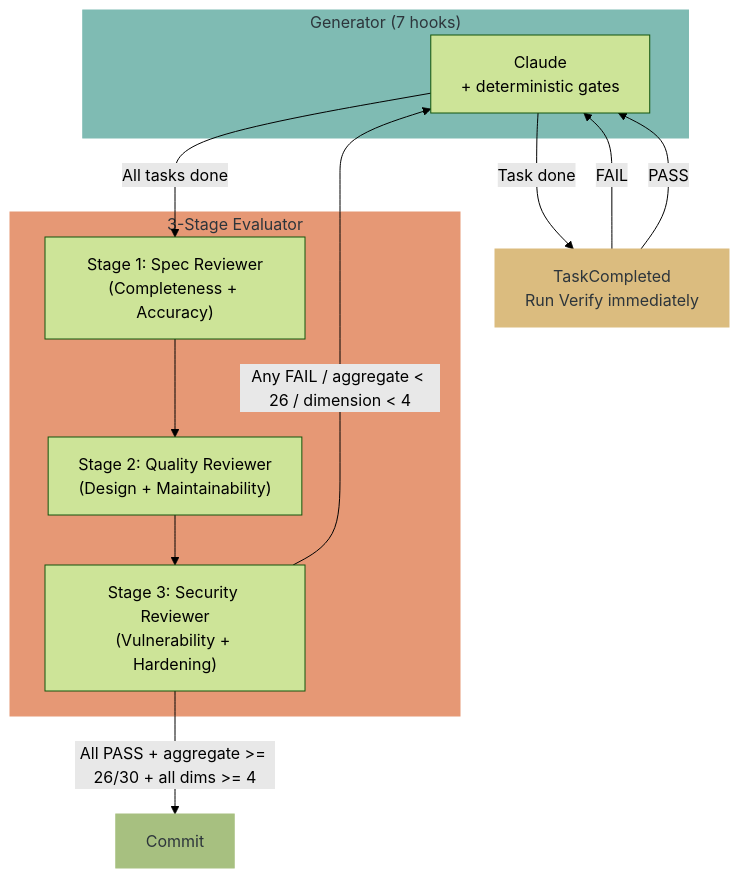
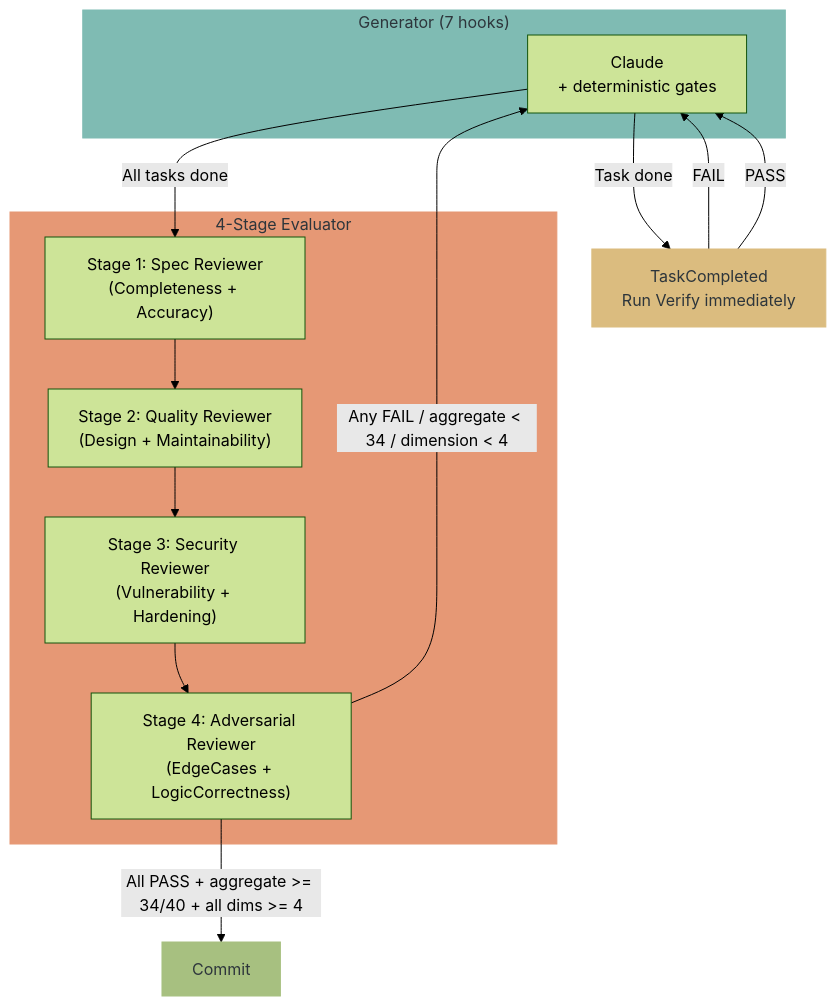
The second of 2 diagrams in README.md (hir4ta/qult), drawn with Mermaid (forest theme) before and after one commit. The commit also changed other lines of this file and 4 other files, not shown here.

````diff
--- a/README.md
+++ b/README.md
@@ -96,25 +96,27 @@
 ```mermaid
 flowchart TB
     subgraph Generator["Generator (7 hooks)"]
         Claude["Claude\n+ deterministic gates"]
     end
-    subgraph Evaluator["3-Stage Evaluator"]
+    subgraph Evaluator["4-Stage Evaluator"]
         Spec["Stage 1: Spec Reviewer\n(Completeness + Accuracy)"]
         Quality["Stage 2: Quality Reviewer\n(Design + Maintainability)"]
         Security["Stage 3: Security Reviewer\n(Vulnerability + Hardening)"]
+        Adversarial["Stage 4: Adversarial Reviewer\n(EdgeCases + LogicCorrectness)"]
     end
 
     Claude -- "Task done" --> TV["TaskCompleted\nRun Verify immediately"]
     TV -- "FAIL" --> Claude
     TV -- "PASS" --> Claude
     Claude -- "All tasks done" --> Spec
     Spec --> Quality
     Quality --> Security
-    Security -- "Any FAIL / aggregate < 26 / dimension < 4" --> Claude
-    Security -- "All PASS + aggregate >= 26/30 + all dims >= 4" --> Done["Commit"]
+    Security --> Adversarial
+    Adversarial -- "Any FAIL / aggregate < 34 / dimension < 4" --> Claude
+    Adversarial -- "All PASS + aggregate >= 34/40 + all dims >= 4" --> Done["Commit"]
 
     style Generator fill:#7fbbb3,color:#2d353b,stroke:#7fbbb3
     style Evaluator fill:#e69875,color:#2d353b,stroke:#e69875
     style Done fill:#a7c080,color:#2d353b,stroke:#a7c080
     style TV fill:#dbbc7f,color:#2d353b,stroke:#dbbc7f
 ```
````
